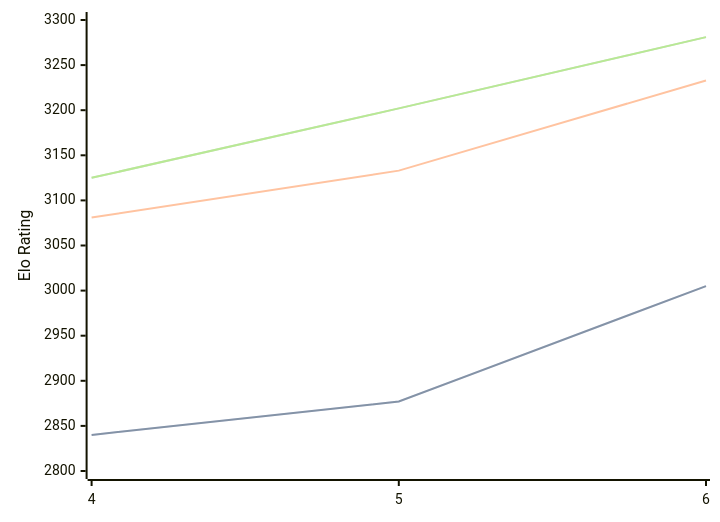
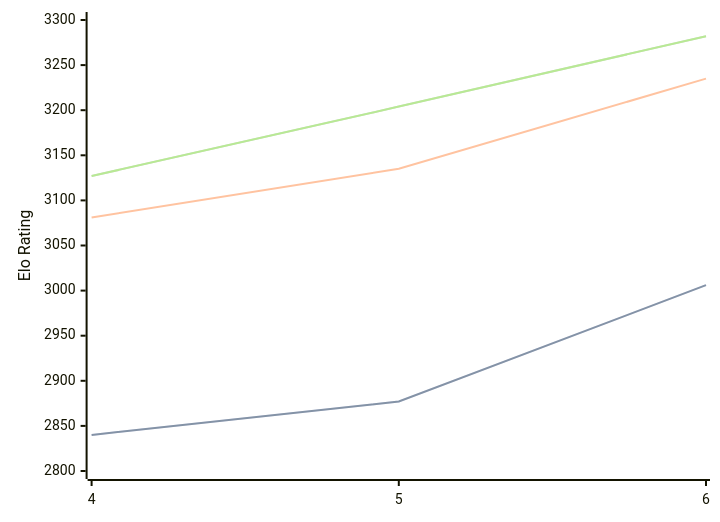
One commit to computer-chess-index/cci changed the diagram in engines/Cwtch.md. Above: the diagram before and after it, drawn with Mermaid. The commit also changed other lines of this file, not shown here.

Commit message:
Update CCI Ratings (ELO VLTC) - 2026-08-20

````diff
--- a/engines/Cwtch.md
+++ b/engines/Cwtch.md
@@ -34,11 +34,11 @@
 ```mermaid
 %%{init: {"theme":"base","themeVariables":{"seriesColors:['#a3a3a3','#222221','#faa371']}}}%%
 xychart-beta
   x-axis ["4", "5", "6"]
   y-axis "Elo Rating" 2800 --> 3300
-  line "STC (8.0+0.08s)" [2840, 2877, 3005]
-  line "STC (8.0+0.08s)" [2840, 2877, 3005]
-  line "LTC (60.0+0.60s)" [3081, 3133, 3233]
-  line "VLTC (2m24s+1.12s)" [3125, 3202, 3281]
-  line "VLTC (2m24s+1.12s)" [3125, 3202, 3281]
+  line "STC (8.0+0.08s)" [2840, 2877, 3006]
+  line "STC (8.0+0.08s)" [2840, 2877, 3006]
+  line "LTC (60.0+0.60s)" [3081, 3135, 3235]
+  line "VLTC (2m24s+1.12s)" [3127, 3204, 3282]
+  line "VLTC (2m24s+1.12s)" [3127, 3204, 3282]
 ```
````
